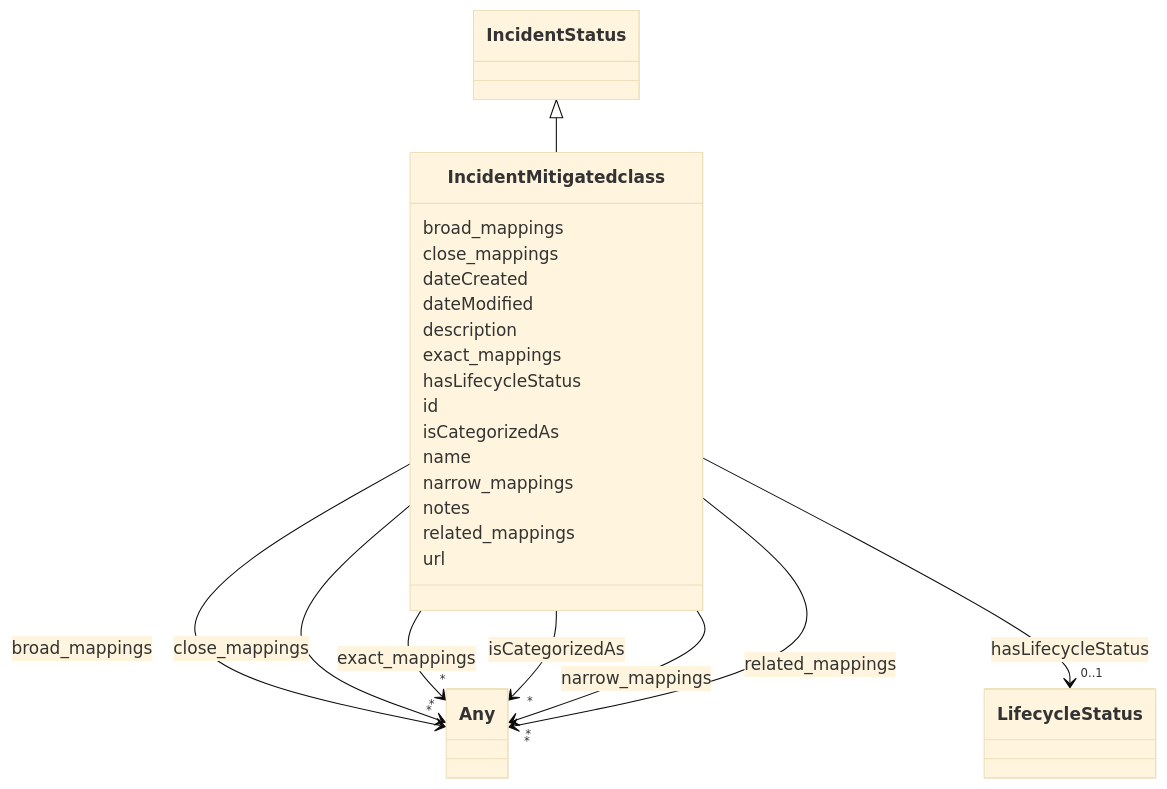
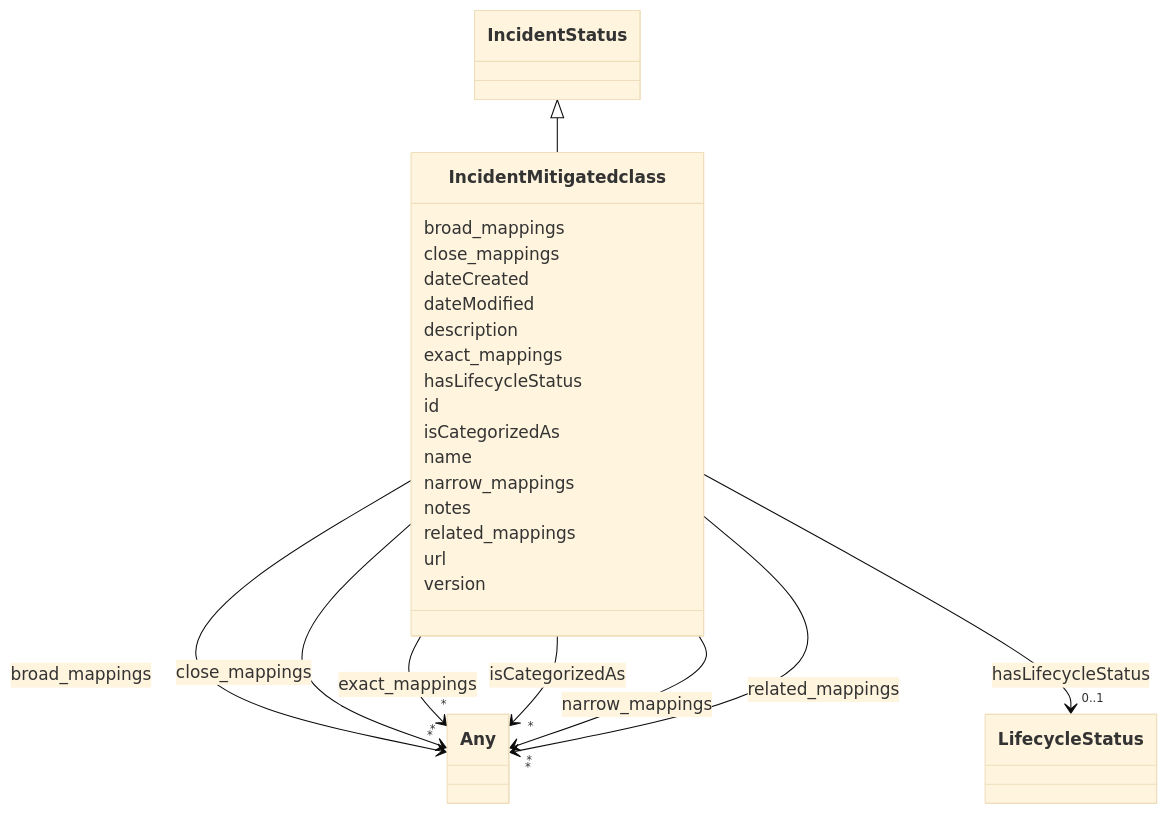
Before and after one commit to IBM/ai-atlas-nexus: the diagram in docs/ontology/IncidentMitigatedclass.md, drawn with Mermaid (base theme). The commit also changed other lines of this file and 101 other files, not shown here.

````diff
--- a/docs/ontology/IncidentMitigatedclass.md
+++ b/docs/ontology/IncidentMitigatedclass.md
@@ -107,5 +107,7 @@
 
       IncidentMitigatedclass : url
 
+      IncidentMitigatedclass : version
+
 
 ```
````
